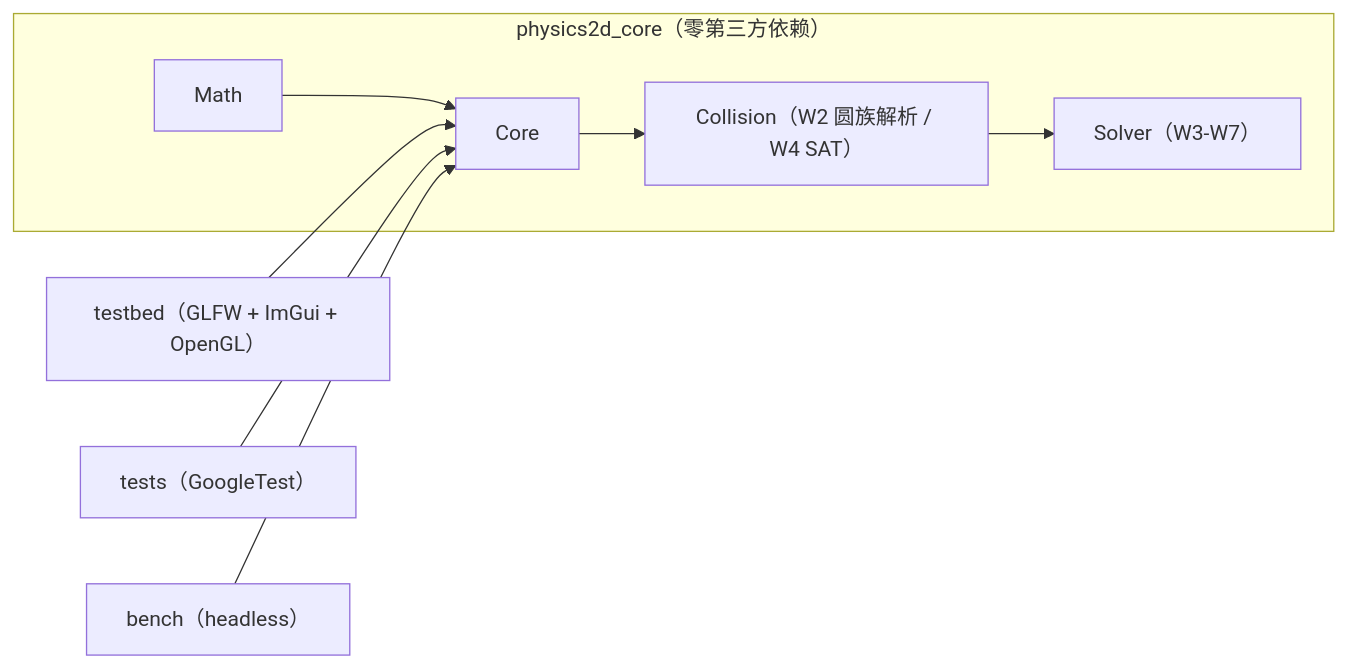
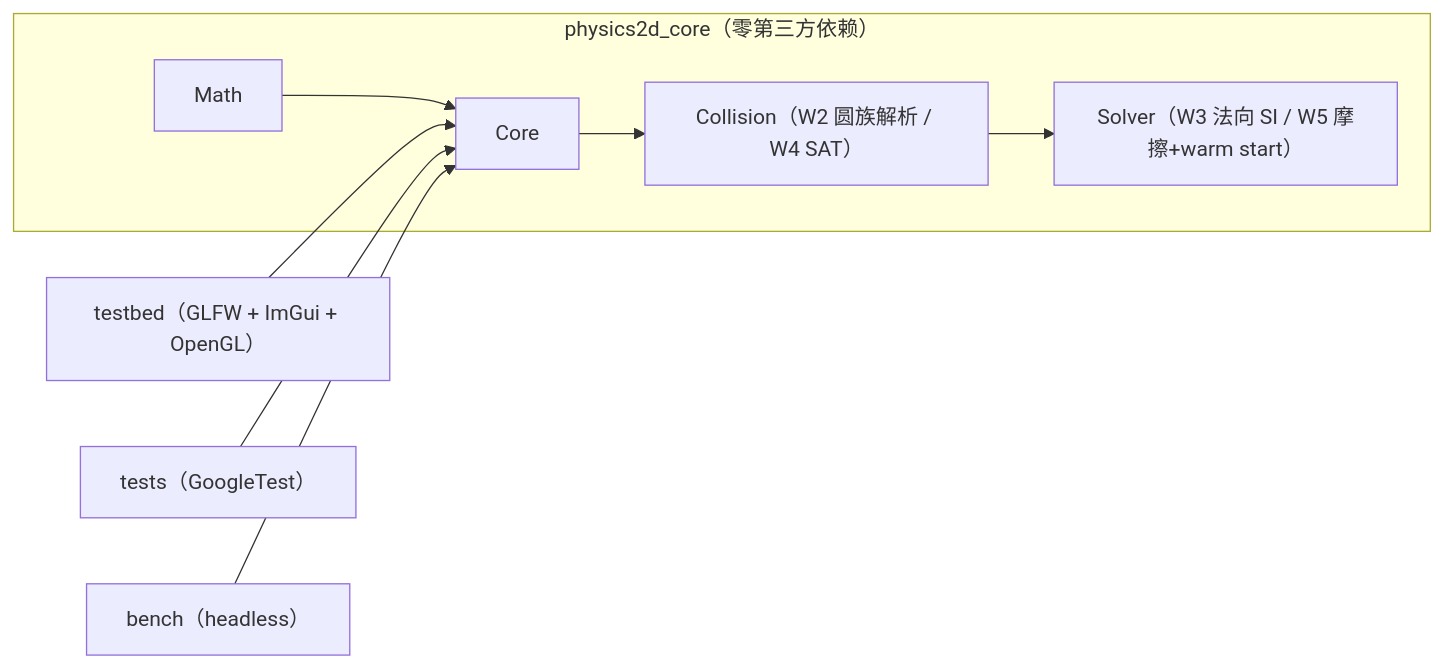
Before and after one commit to baisctong/Physics2D: the diagram in README.md, drawn with Mermaid. The commit also changed other lines of this file and 6 other files, not shown here.

First line of the commit message:
docs: Week 3 solver architecture, interface statuses, devlog and README

````diff
--- a/README.md
+++ b/README.md
@@ -60,11 +60,11 @@
 ```mermaid
 flowchart LR
     subgraph L1["physics2d_core（零第三方依赖）"]
         M["Math"] --> C["Core"]
         C --> Col["Collision（W2 圆族解析 / W4 SAT）"]
-        Col --> S["Solver（W3-W7）"]
+        Col --> S["Solver（W3 法向 SI / W5 摩擦+warm start）"]
     end
     TB["testbed（GLFW + ImGui + OpenGL）"] --> C
     T["tests（GoogleTest）"] --> C
     B["bench（headless）"] --> C
 ```
````
